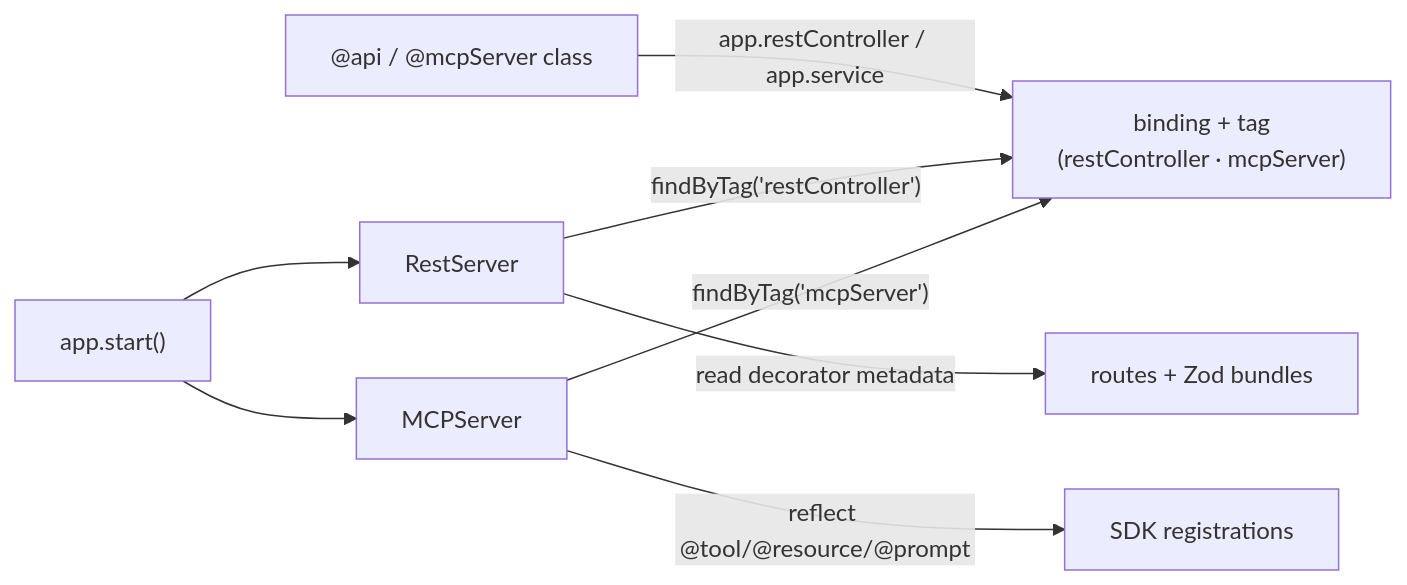
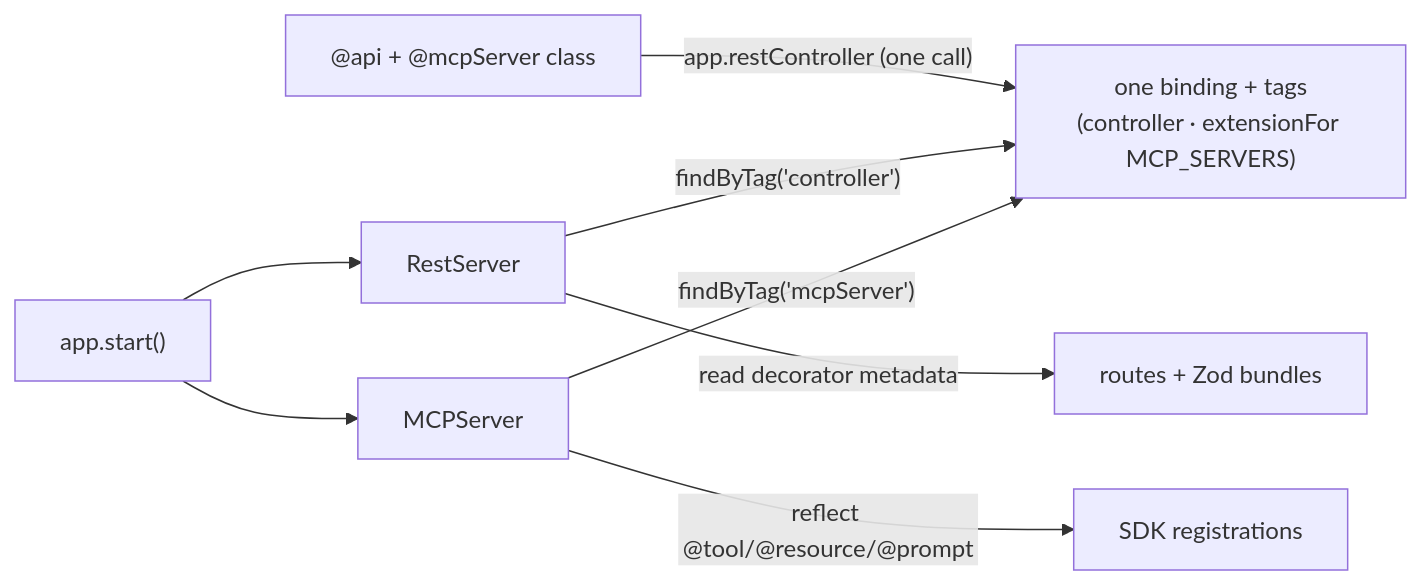
One commit to ninemindai/agentback changed the third of 5 diagrams in docs/architecture/overview.md. Above: the diagram before and after it, drawn with Mermaid. The commit also changed other lines of this file and 17 other files, not shown here.

````diff
--- a/docs/architecture/overview.md
+++ b/docs/architecture/overview.md
@@ -92,10 +92,10 @@
 ```mermaid
 graph LR
-  Dec["@api / @mcpServer class"] -->|"app.restController / app.service"| Bind["binding + tag<br/>(restController · mcpServer)"]
+  Dec["@api + @mcpServer class"] -->|"app.restController (one call)"| Bind["one binding + tags<br/>(controller · extensionFor MCP_SERVERS)"]
   Start["app.start()"] --> SrvR["RestServer"]
   Start --> SrvM["MCPServer"]
-  SrvR -->|"findByTag('restController')"| Bind
+  SrvR -->|"findByTag('controller')"| Bind
   SrvM -->|"findByTag('mcpServer')"| Bind
   SrvR -->|read decorator metadata| Routes["routes + Zod bundles"]
   SrvM -->|reflect @tool/@resource/@prompt| Reg["SDK registrations"]
 ```
````
